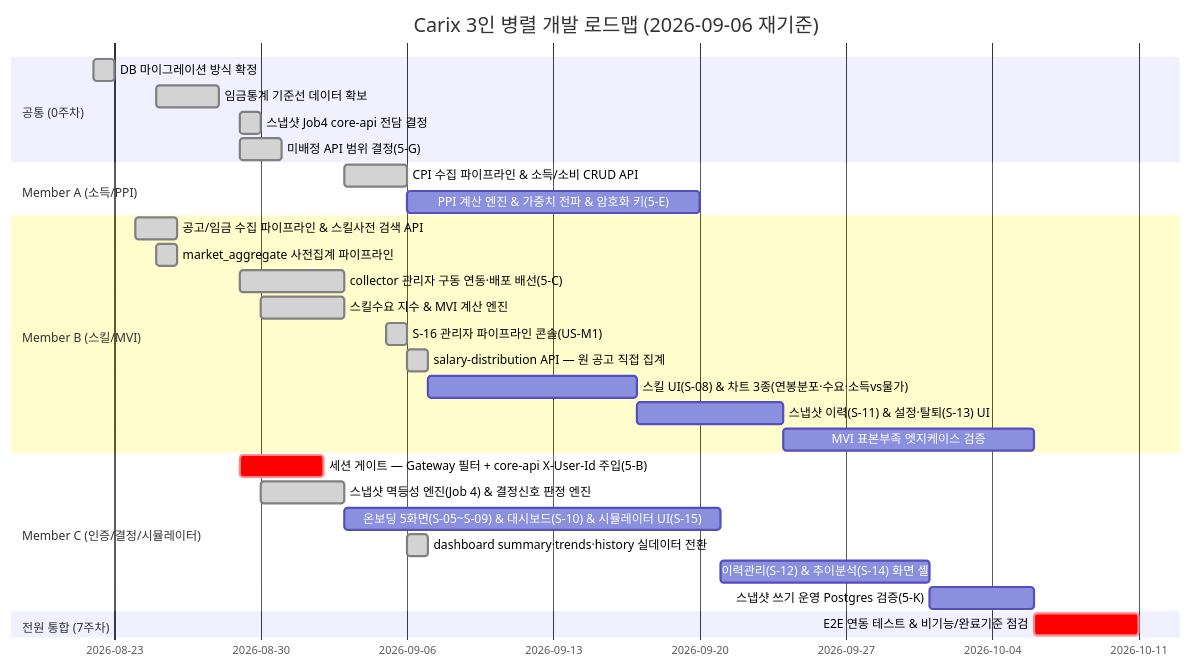
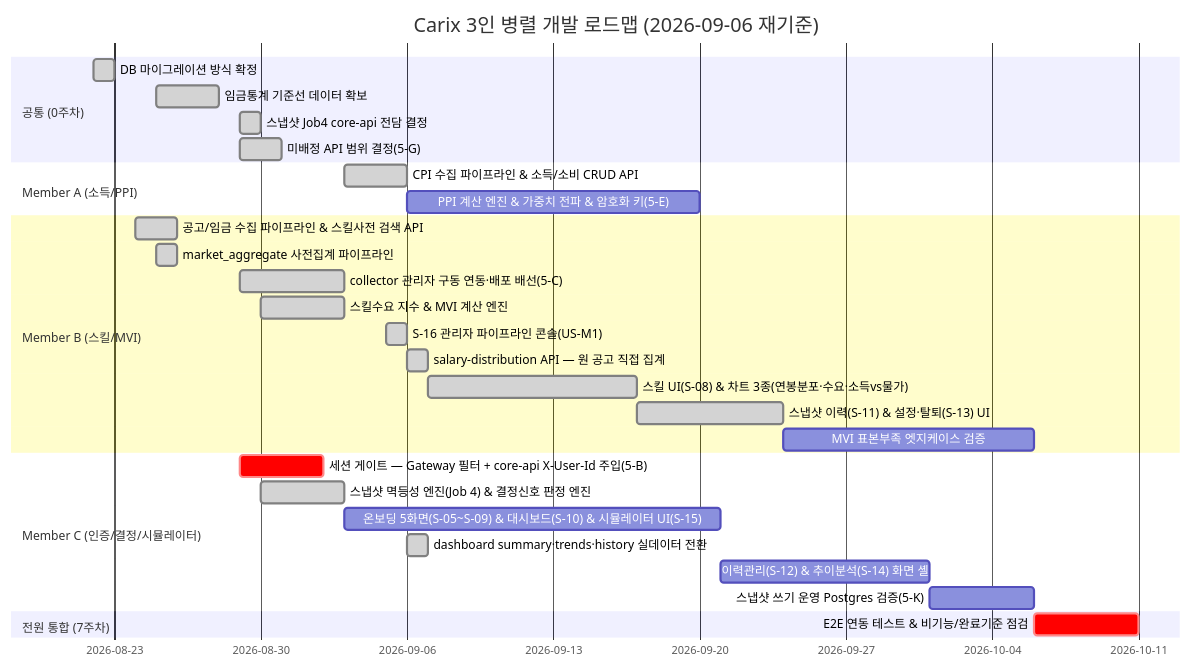
One commit to SeoHyeokGyu/Carix changed the first of 2 diagrams in docs/plans/carix-dev-plan.md. Above: the diagram before and after it, drawn with Mermaid. The commit also changed other lines of this file and 22 other files, not shown here.

Commit message:
feat: Member B 3~4주차 잔여 과제 구현 (소득vs물가 차트, 스냅샷 이력 UI, 계정 삭제/탈퇴)

````diff
--- a/docs/plans/carix-dev-plan.md
+++ b/docs/plans/carix-dev-plan.md
@@ -96,32 +102,32 @@
 ```mermaid
 gantt
     title Carix 3인 병렬 개발 로드맵 (2026-09-06 재기준)
     dateFormat  YYYY-MM-DD
     section 공통 (0주차)
     DB 마이그레이션 방식 확정 :done, c0a, 2026-08-22, 1d
     임금통계 기준선 데이터 확보 :done, a0, 2026-08-25, 3d
     스냅샷 Job4 core-api 전담 결정 :done, i0, 2026-08-29, 1d
     미배정 API 범위 결정(5-G) :done, c0, 2026-08-29, 2d
     section Member A (소득/PPI)
     CPI 수집 파이프라인 & 소득/소비 CRUD API :done, a1, 2026-09-03, 3d
     PPI 계산 엔진 & 가중치 전파 & 암호화 키(5-E) :a2, after a1, 14d
     section Member B (스킬/MVI)
     공고/임금 수집 파이프라인 & 스킬사전 검색 API :done, b1, 2026-08-24, 2d
     market_aggregate 사전집계 파이프라인 :done, b2a, 2026-08-25, 1d
     collector 관리자 구동 연동·배포 배선(5-C) :done, b0, 2026-08-29, 5d
     스킬수요 지수 & MVI 계산 엔진 :done, b2, 2026-08-30, 4d
     S-16 관리자 파이프라인 콘솔(US-M1) :done, b16, 2026-09-05, 1d
     salary-distribution API — 원 공고 직접 집계 :done, b3a, 2026-09-06, 1d
-    스킬 UI(S-08) & 차트 3종(연봉분포·수요·소득vs물가) :b3, after b3a, 10d
-    스냅샷 이력(S-11) & 설정·탈퇴(S-13) UI :b4, after b3, 7d
+    스킬 UI(S-08) & 차트 3종(연봉분포·수요·소득vs물가) :done, b3, after b3a, 10d
+    스냅샷 이력(S-11) & 설정·탈퇴(S-13) UI :done, b4, after b3, 7d
     MVI 표본부족 엣지케이스 검증 :b5, after b4, 12d
     section Member C (인증/결정/시뮬레이터)
     세션 게이트 — Gateway 필터 + core-api X-User-Id 주입(5-B) :crit, c0b, 2026-08-29, 4d
     스냅샷 멱등성 엔진(Job 4) & 결정신호 판정 엔진 :done, c2, 2026-08-30, 4d
     온보딩 5화면(S-05~S-09) & 대시보드(S-10) & 시뮬레이터 UI(S-15) :c3, after c2, 18d
     dashboard summary·trends·history 실데이터 전환 :done, c4a, 2026-09-06, 1d
     이력관리(S-12) & 추이분석(S-14) 화면 셸 :c4, after c3, 10d
     스냅샷 쓰기 운영 Postgres 검증(5-K) :c5, after c4, 5d
     section 전원 통합 (7주차)
     E2E 연동 테스트 & 비기능/완료기준 점검 :crit, e2e, after a2 b5 c5, 5d
 ```
````
